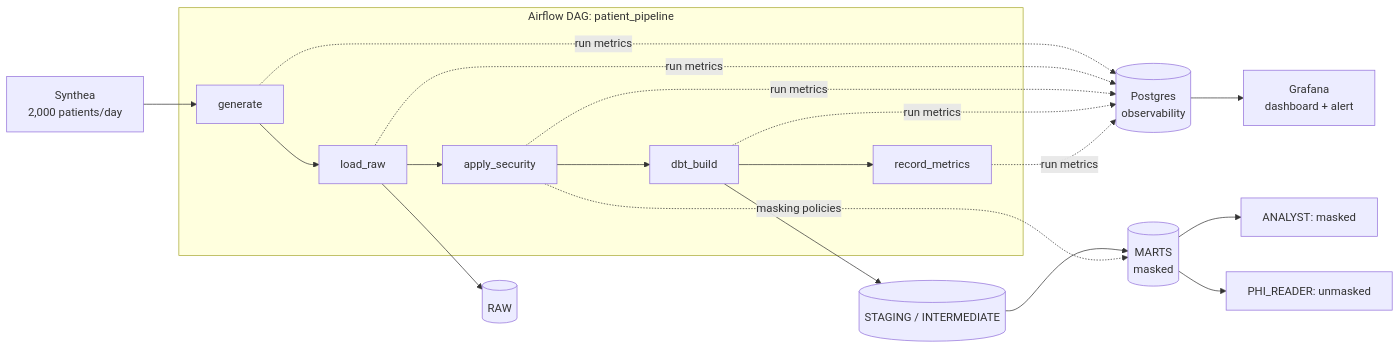
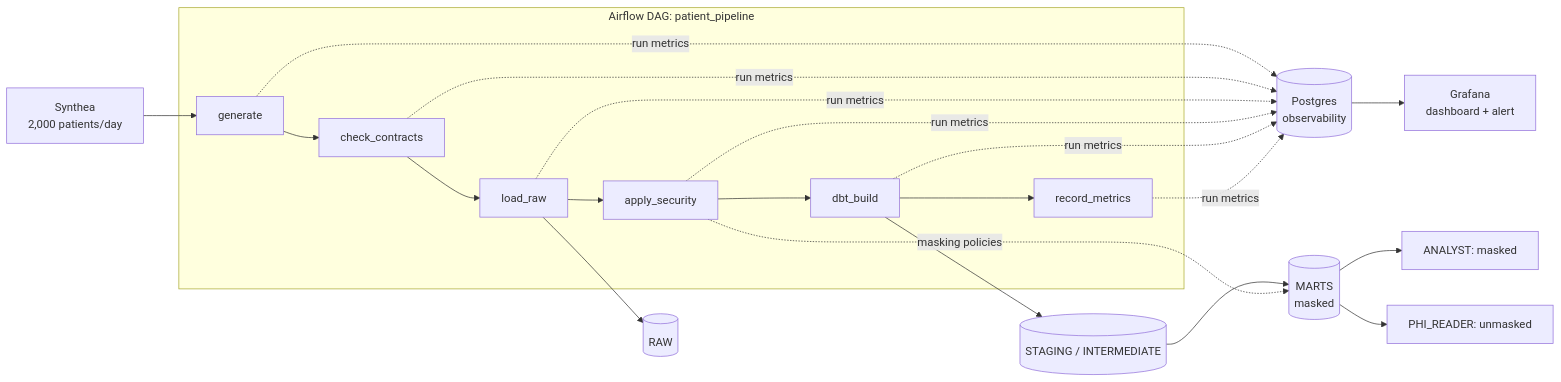
Before and after one commit to justinko157/healthcare-data-platform: the first of 2 diagrams in README.md, drawn with Mermaid. The commit also changed other lines of this file and 4 other files, not shown here.

Commit message:
feat(contracts): check_contracts DAG task, Grafana panels, README

````diff
--- a/README.md
+++ b/README.md
@@ -9,14 +9,14 @@
 ```mermaid
 flowchart LR
   S[Synthea<br/>2,000 patients/day] --> G[generate]
   subgraph dag["Airflow DAG: patient_pipeline"]
-    G --> L[load_raw] --> P[apply_security] --> D[dbt_build] --> M[record_metrics]
+    G --> C[check_contracts] --> L[load_raw] --> P[apply_security] --> D[dbt_build] --> M[record_metrics]
   end
   L --> RAW[(RAW)]
   D --> STG[(STAGING / INTERMEDIATE)] --> MARTS[(MARTS<br/>masked)]
   P -. masking policies .-> MARTS
-  G & L & P & D & M -. run metrics .-> PG[(Postgres<br/>observability)]
+  G & C & L & P & D & M -. run metrics .-> PG[(Postgres<br/>observability)]
   PG --> GF[Grafana<br/>dashboard + alert]
   MARTS --> A[ANALYST: masked]
   MARTS --> R[PHI_READER: unmasked]
 ```
````
